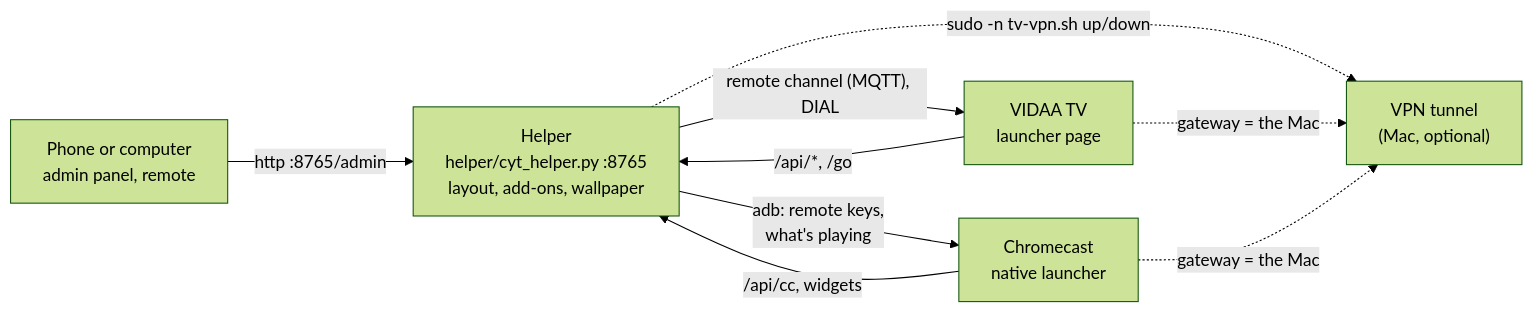
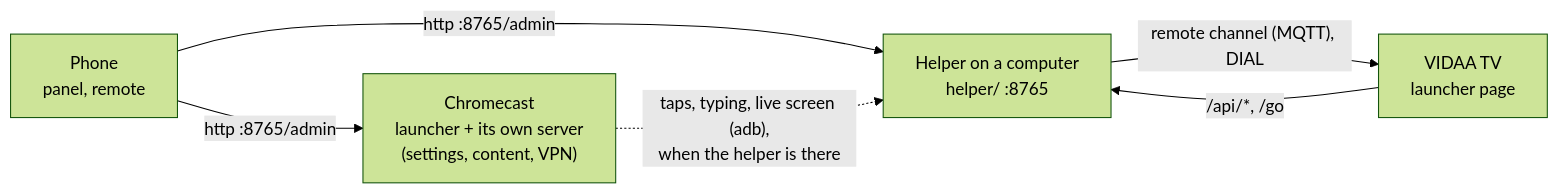
One commit to WahdanZ/cleanyourtv changed the diagram in README.md. Above: the diagram before and after it, drawn with Mermaid (forest theme). The commit also changed other lines of this file and 5 other files, not shown here.

````diff
--- a/README.md
+++ b/README.md
@@ -145,11 +66,8 @@
 ```mermaid
 flowchart LR
-    P["Phone or computer<br/>admin panel, remote"] -- "http :8765/admin" --> H["Helper<br/>helper/cyt_helper.py :8765<br/>layout, add-ons, wallpaper"]
+    P["Phone<br/>panel, remote"] -- "http :8765/admin" --> C["Chromecast<br/>launcher + its own server<br/>(settings, content, VPN)"]
+    P -- "http :8765/admin" --> H["Helper on a computer<br/>helper/ :8765"]
     H -- "remote channel (MQTT), DIAL" --> T["VIDAA TV<br/>launcher page"]
     T -- "/api/*, /go" --> H
-    C["Chromecast<br/>native launcher"] -- "/api/cc, widgets" --> H
-    H -- "adb: remote keys,<br/>what's playing" --> C
-    H -. "sudo -n tv-vpn.sh up/down" .-> V["VPN tunnel<br/>(Mac, optional)"]
-    T -. "gateway = the Mac" .-> V
-    C -. "gateway = the Mac" .-> V
+    C -. "taps, typing, live screen (adb),<br/>when the helper is there" .-> H
 ```
````
